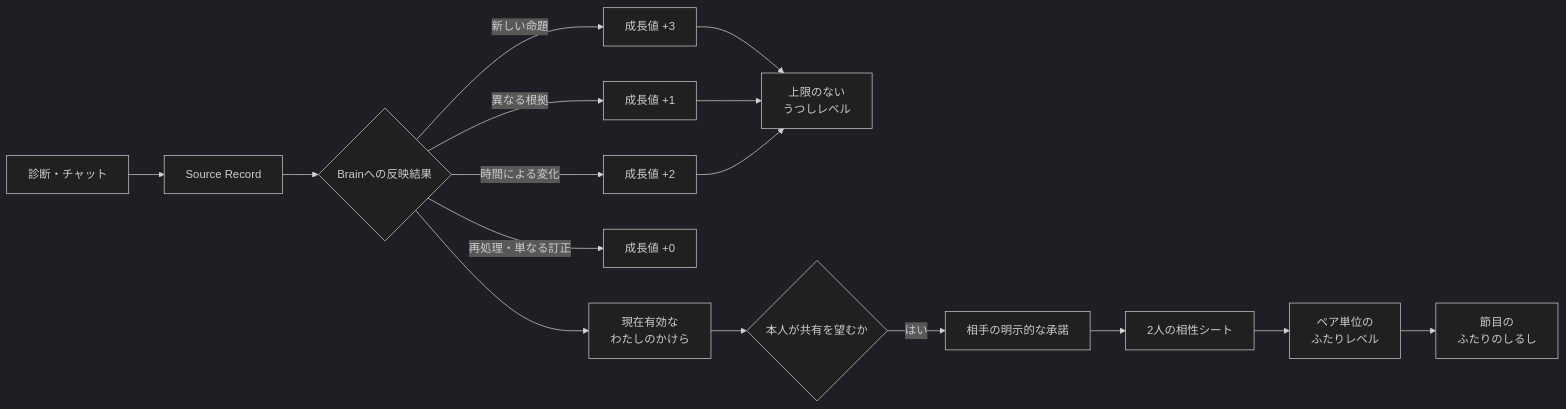
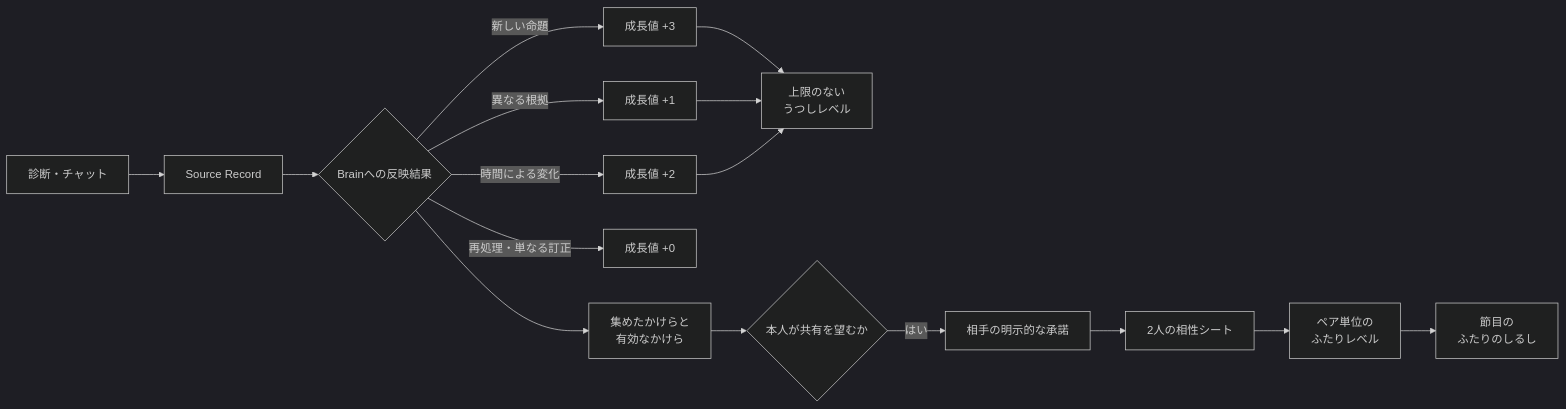
The diagram in docs/product/progression-reward-experience.md (kkyosuke/me-builder), drawn with Mermaid (dark theme) before and after one commit. The commit also changed other lines of this file and 6 other files, not shown here.

````diff
--- a/docs/product/progression-reward-experience.md
+++ b/docs/product/progression-reward-experience.md
@@ -24,18 +24,18 @@
 ```mermaid
 flowchart LR
     A[診断・チャット] --> B[Source Record]
     B --> C{Brainへの反映結果}
     C -->|新しい命題| D[成長値 +3]
     C -->|異なる根拠| E[成長値 +1]
     C -->|時間による変化| F[成長値 +2]
     C -->|再処理・単なる訂正| G[成長値 +0]
     D --> H[上限のない<br/>うつしレベル]
     E --> H
     F --> H
-    C --> I[現在有効な<br/>わたしのかけら]
+    C --> I[集めたかけらと<br/>有効なかけら]
     I --> J{本人が共有を望むか}
     J -->|はい| K[相手の明示的な承諾]
     K --> L[2人の相性シート]
     L --> M[ペア単位の<br/>ふたりレベル]
     M --> N[節目の<br/>ふたりのしるし]
 ```
````
